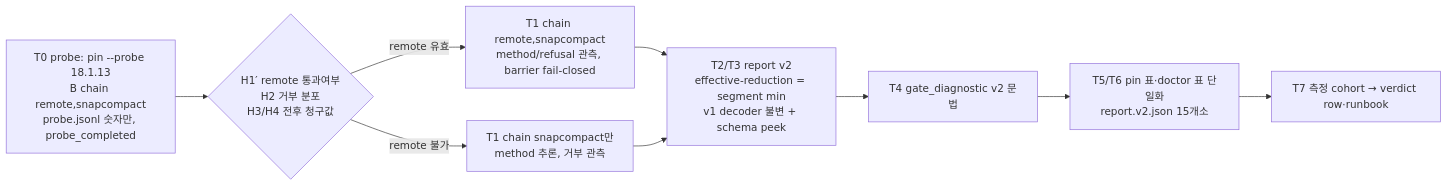
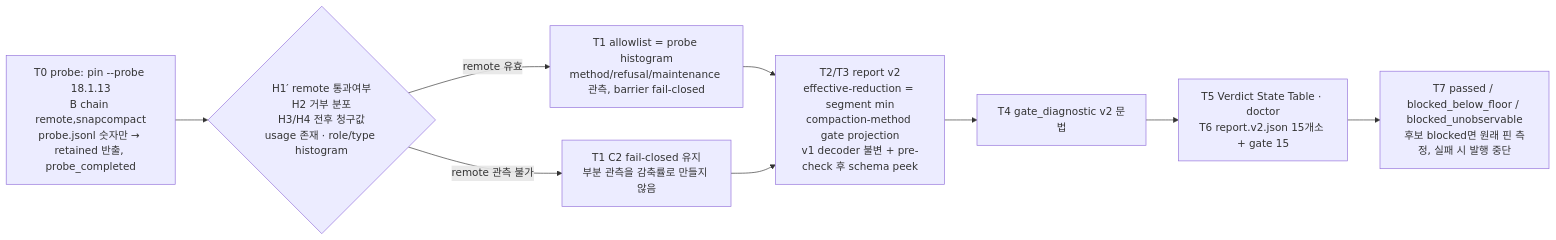
One commit to Insajin/autopus-adk changed the diagram in .autopus/specs/SPEC-OMP-007/plan.md. Above: the diagram before and after it, drawn with Mermaid. The commit also changed other lines of this file and 3 other files, not shown here.

````diff
--- a/.autopus/specs/SPEC-OMP-007/plan.md
+++ b/.autopus/specs/SPEC-OMP-007/plan.md
@@ -9,11 +9,11 @@
 ```mermaid
 flowchart LR
-  P0[T0 probe: pin --probe 18.1.13<br/>B chain remote,snapcompact<br/>probe.jsonl 숫자만, probe_completed] --> D{H1′ remote 통과여부<br/>H2 거부 분포<br/>H3/H4 전후 청구값}
-  D -->|remote 유효| C1[T1 chain remote,snapcompact<br/>method/refusal 관측, barrier fail-closed]
-  D -->|remote 불가| C2[T1 chain snapcompact만<br/>method 추론, 거부 관측]
-  C1 --> V2[T2/T3 report v2<br/>effective-reduction = segment min<br/>v1 decoder 불변 + schema peek]
+  P0[T0 probe: pin --probe 18.1.13<br/>B chain remote,snapcompact<br/>probe.jsonl 숫자만 → retained 반출, probe_completed] --> D{H1′ remote 통과여부<br/>H2 거부 분포<br/>H3/H4 전후 청구값<br/>usage 존재 · role/type histogram}
+  D -->|remote 유효| C1[T1 allowlist = probe histogram<br/>method/refusal/maintenance 관측, barrier fail-closed]
+  D -->|remote 관측 불가| C2[T1 C2 fail-closed 유지<br/>부분 관측을 감축률로 만들지 않음]
+  C1 --> V2[T2/T3 report v2<br/>effective-reduction = segment min<br/>compaction-method gate projection<br/>v1 decoder 불변 + pre-check 후 schema peek]
   C2 --> V2
   V2 --> G[T4 gate_diagnostic v2 문법]
-  G --> R[T5/T6 pin 표·doctor 표 단일화<br/>report.v2.json 15개소]
-  R --> M[T7 측정 cohort → verdict row·runbook]
+  G --> R[T5 Verdict State Table · doctor<br/>T6 report.v2.json 15개소 + gate 15]
+  R --> M[T7 passed / blocked_below_floor / blocked_unobservable<br/>후보 blocked면 원래 핀 측정, 실패 시 발행 중단]
 ```
````
